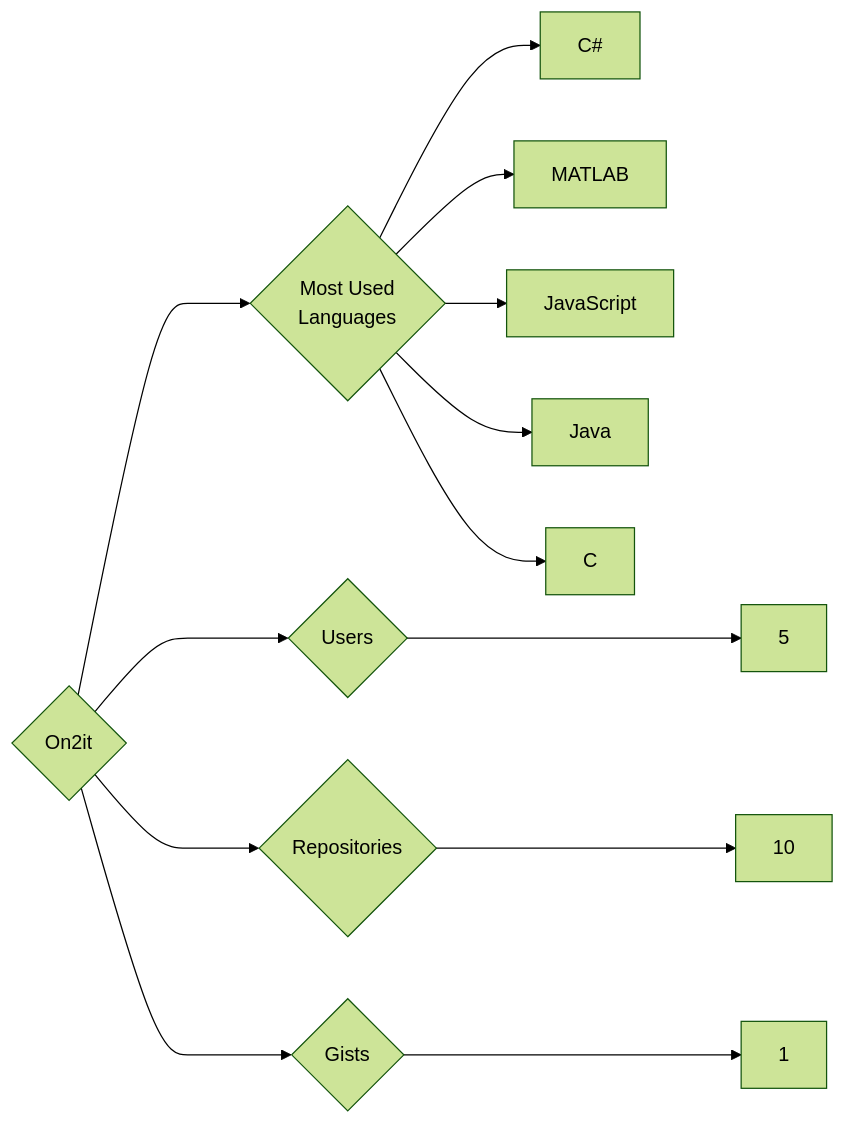
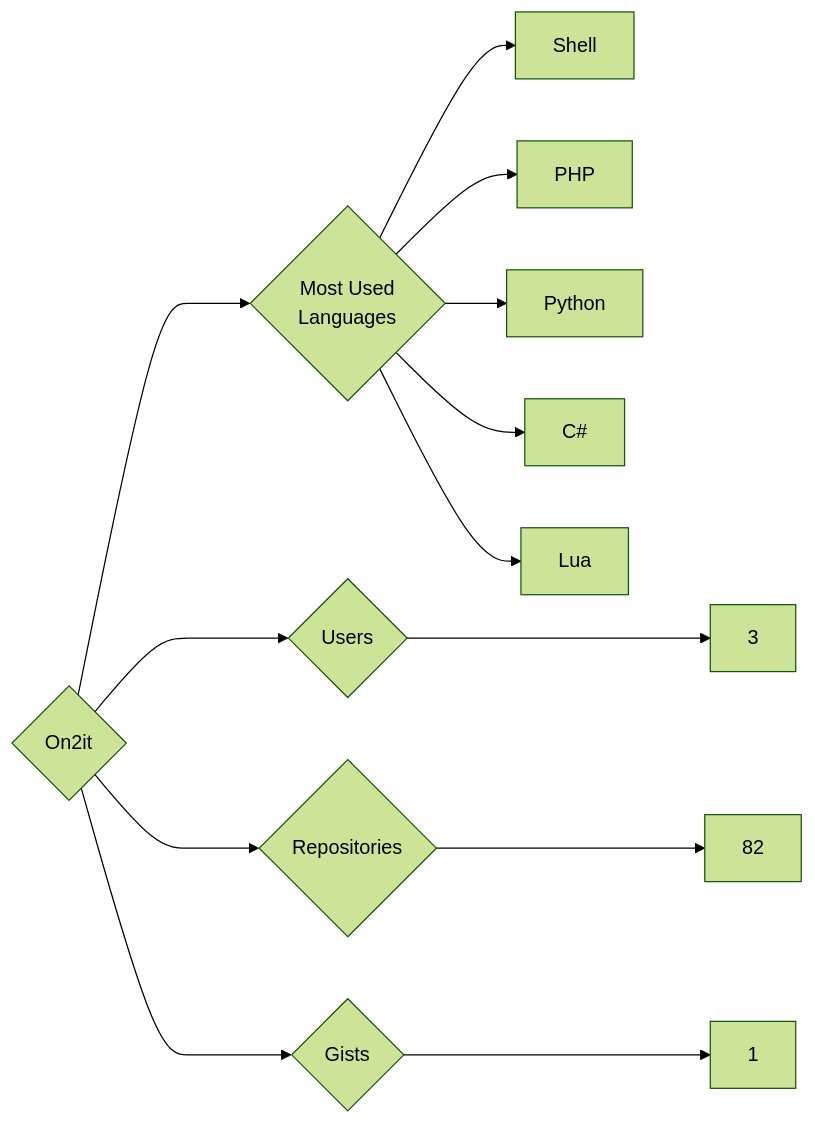
One commit to trickest/insiders changed the diagram in targets/On2it/README.md. Above: the diagram before and after it, drawn with Mermaid (forest theme). The commit also changed 728 other files, not shown here.

````diff
--- a/targets/On2it/README.md
+++ b/targets/On2it/README.md
@@ -3,13 +3,13 @@
 ```mermaid
 graph LR
 COMPANY_NAME{On2it}
-COMPANY_NAME ---> U{Users} ---> UN[5]
-COMPANY_NAME ---> R{Repositories} ---> RN[10]
+COMPANY_NAME ---> U{Users} ---> UN[3]
+COMPANY_NAME ---> R{Repositories} ---> RN[82]
 COMPANY_NAME ---> G{Gists} ---> GN[1]
 COMPANY_NAME ---> ML{Most Used<br>Languages}
+ML --> Shell[Shell]
+ML --> PHP[PHP]
+ML --> Python[Python]
 ML --> C#[C#]
-ML --> MATLAB[MATLAB]
-ML --> JavaScript[JavaScript]
-ML --> Java[Java]
-ML --> C[C]
+ML --> Lua[Lua]
 ```
````
